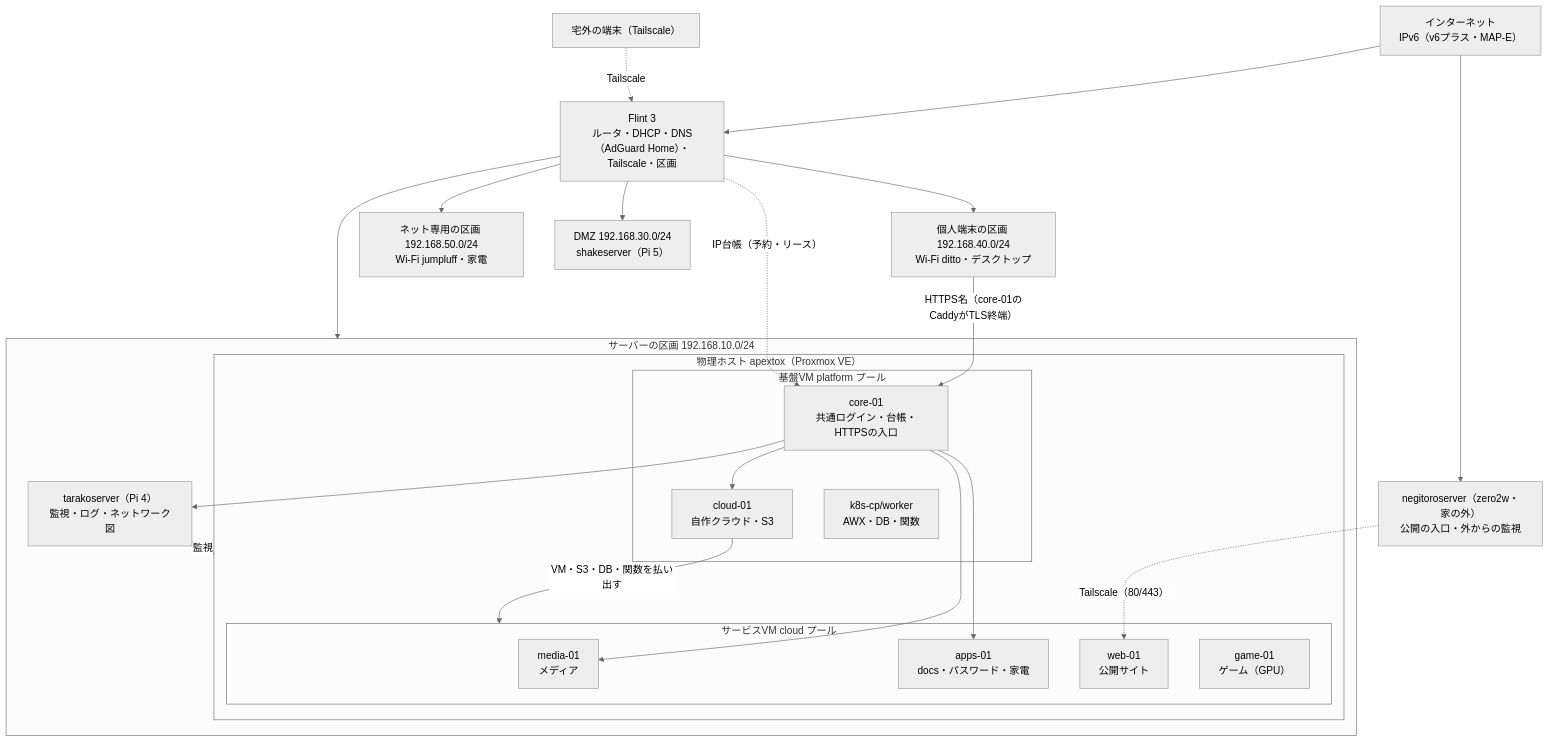
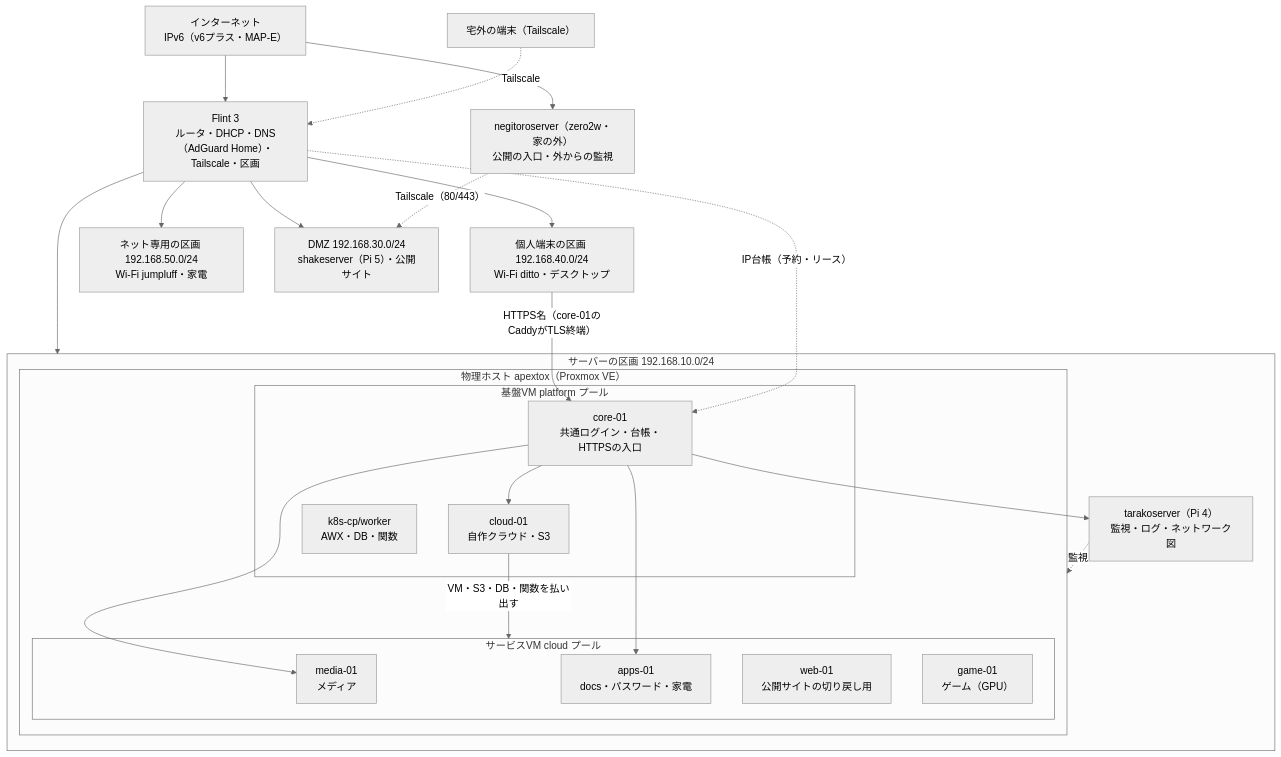
The first of 14 diagrams in docs/architecture/overview.md (rurutheGeek/shake-cloud), drawn with Mermaid (neutral theme) before and after one commit. The commit also changed other lines of this file and 7 other files, not shown here.

First line of the commit message:
feat(web): 公開サイトの中継を DMZ の shakeserver（Pi 5）へ切り替える

````diff
--- a/docs/architecture/overview.md
+++ b/docs/architecture/overview.md
@@ -29,44 +29,44 @@
 ```mermaid
 flowchart TB
   internet["インターネット<br/>IPv6（v6プラス・MAP-E）"]
   remote["宅外の端末（Tailscale）"]
   relay["negitoroserver（zero2w・家の外）<br/>公開の入口・外からの監視"]
   router["Flint 3<br/>ルータ・DHCP・DNS（AdGuard Home）・Tailscale・区画"]
 
   subgraph server["サーバーの区画 192.168.10.0/24"]
     subgraph host["物理ホスト apextox（Proxmox VE）"]
       subgraph infra["基盤VM platform プール"]
         core01["core-01<br/>共通ログイン・台帳・HTTPSの入口"]
         cloud01["cloud-01<br/>自作クラウド・S3"]
         k8s["k8s-cp/worker<br/>AWX・DB・関数"]
       end
       subgraph svcpool["サービスVM cloud プール"]
         media["media-01<br/>メディア"]
         apps["apps-01<br/>docs・パスワード・家電"]
-        web["web-01<br/>公開サイト"]
+        web["web-01<br/>公開サイトの切り戻し用"]
         game["game-01<br/>ゲーム（GPU）"]
       end
     end
     taraco["tarakoserver（Pi 4）<br/>監視・ログ・ネットワーク図"]
   end
   personal["個人端末の区画 192.168.40.0/24<br/>Wi-Fi ditto・デスクトップ"]
   iot["ネット専用の区画 192.168.50.0/24<br/>Wi-Fi jumpluff・家電"]
-  dmz["DMZ 192.168.30.0/24<br/>shakeserver（Pi 5）"]
+  dmz["DMZ 192.168.30.0/24<br/>shakeserver（Pi 5）・公開サイト"]
 
   internet --> router
   router --> server
   router --> personal
   router --> iot
   router --> dmz
   remote -. Tailscale .-> router
   internet --> relay
-  relay -. "Tailscale（80/443）" .-> web
+  relay -. "Tailscale（80/443）" .-> dmz
   personal -- "HTTPS名（core-01のCaddyがTLS終端）" --> core01
   core01 --> apps
   core01 --> media
   core01 --> taraco
   core01 --> cloud01
   cloud01 -- "VM・S3・DB・関数を払い出す" --> svcpool
   taraco -. "監視" .-> host
   router -. "IP台帳（予約・リース）" .-> core01
 ```
````
